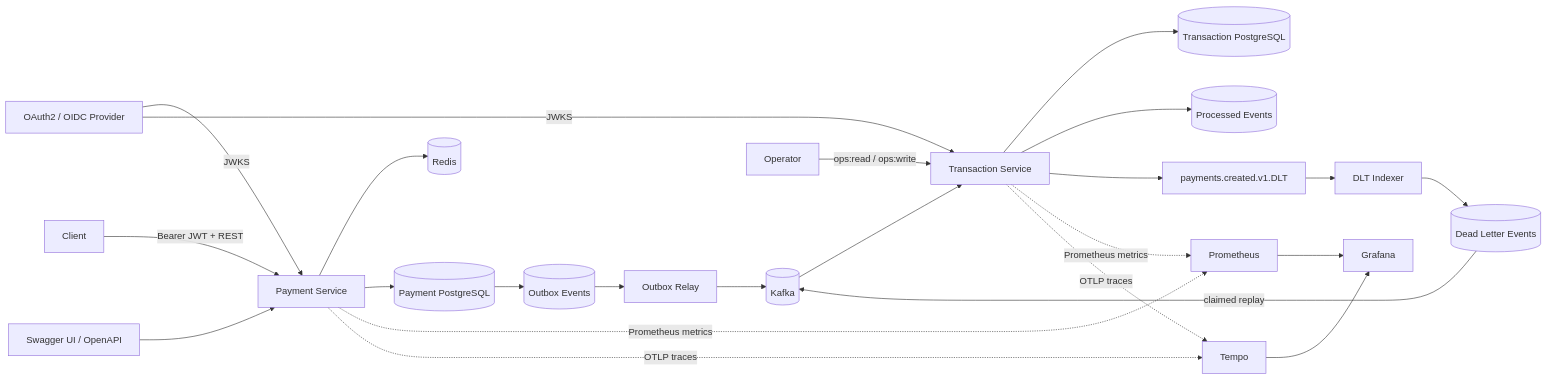
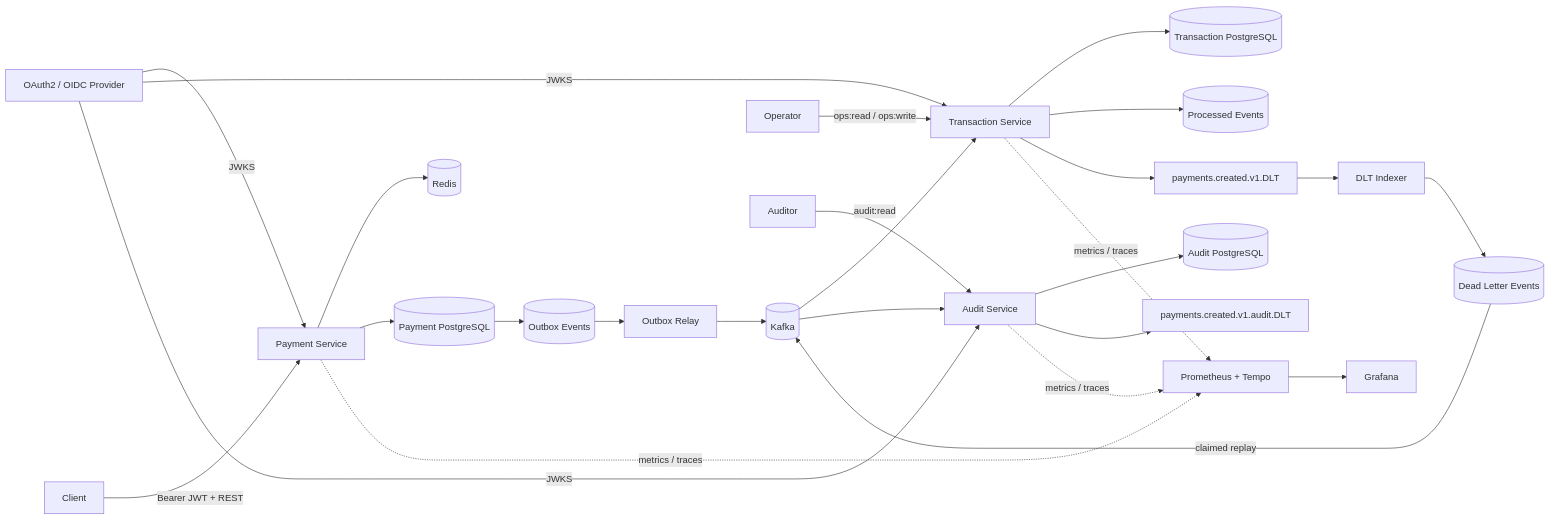
One commit to Charithaa07/Event-driven-payment-platform changed the diagram in README.md. Above: the diagram before and after it, drawn with Mermaid. The commit also changed other lines of this file and 27 other files, not shown here.

First line of the commit message:
Phase 11: add immutable audit service

````diff
--- a/README.md
+++ b/README.md
@@ -9,27 +9,29 @@
 ```mermaid
 flowchart LR
     IDP[OAuth2 / OIDC Provider] -->|JWKS| P[Payment Service]
     IDP -->|JWKS| T[Transaction Service]
+    IDP -->|JWKS| A[Audit Service]
     C[Client] -->|Bearer JWT + REST| P
-    DOC[Swagger UI / OpenAPI] --> P
     P --> R[(Redis)]
     P --> PG[(Payment PostgreSQL)]
     PG --> O[(Outbox Events)]
     O --> RLY[Outbox Relay]
     RLY --> K[(Kafka)]
     K --> T
+    K --> A
     T --> TG[(Transaction PostgreSQL)]
     T --> PE[(Processed Events)]
     T --> DLT[payments.created.v1.DLT]
     DLT --> IDX[DLT Indexer]
     IDX --> DR[(Dead Letter Events)]
     OPS[Operator] -->|ops:read / ops:write| T
     DR -->|claimed replay| K
+    A --> AG[(Audit PostgreSQL)]
+    AUD[Auditor] -->|audit:read| A
+    A --> ADLT[payments.created.v1.audit.DLT]
 
-    P -. Prometheus metrics .-> PROM[Prometheus]
-    T -. Prometheus metrics .-> PROM
-    P -. OTLP traces .-> TEMPO[Tempo]
-    T -. OTLP traces .-> TEMPO
-    PROM --> G[Grafana]
-    TEMPO --> G
+    P -. metrics / traces .-> OBS[Prometheus + Tempo]
+    T -. metrics / traces .-> OBS
+    A -. metrics / traces .-> OBS
+    OBS --> G[Grafana]
 ```
````
